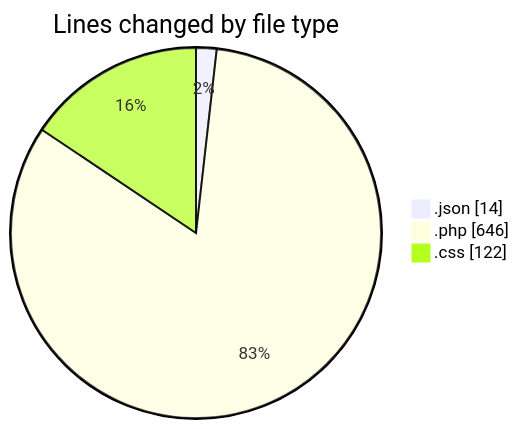
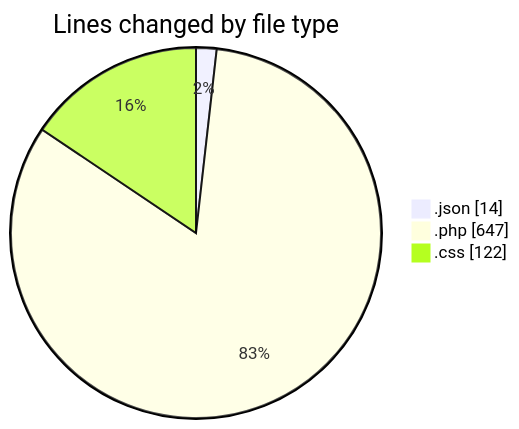
Before and after one commit to debugP/code-tracking: the first of 2 diagrams in 2026-07-27/untitled__workspace_/README.md, drawn with Mermaid. The commit also changed other lines of this file and 1 other file, not shown here.

````diff
--- a/2026-07-27/untitled__workspace_/README.md
+++ b/2026-07-27/untitled__workspace_/README.md
@@ -23,7 +23,7 @@
 ```mermaid
 pie showData
 title Lines changed by file type
 ".json" : 14
-".php" : 646
+".php" : 647
 ".css" : 122
 ```
````
